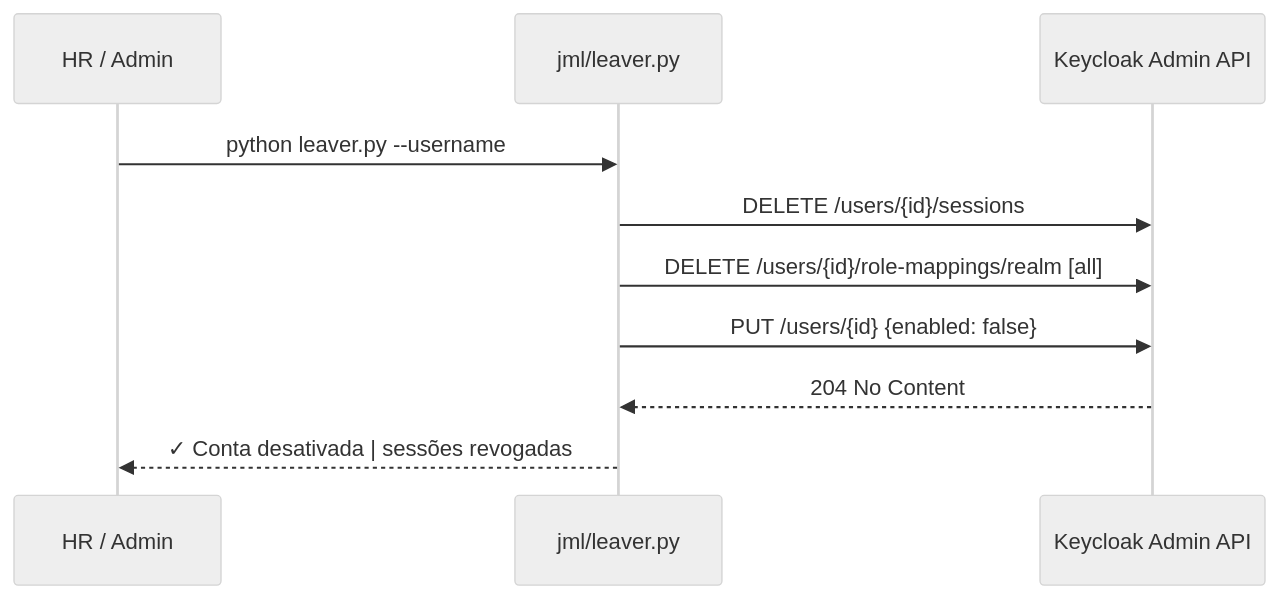
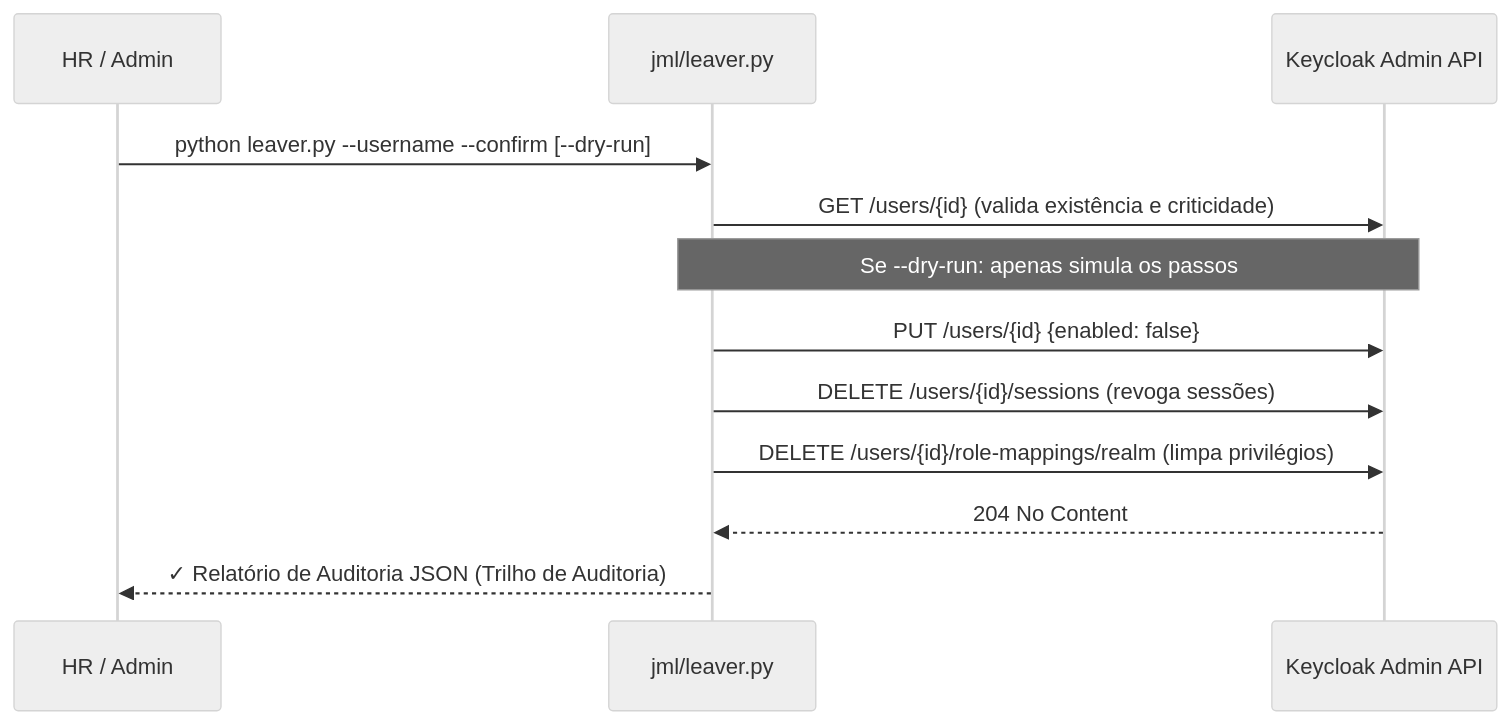
Before and after one commit to zye04/mei-gi-keycloak-iam: the fifth of 6 diagrams in docs/architecture.md, drawn with Mermaid (neutral theme). The commit also changed other lines of this file and 1 other file, not shown here.

First line of the commit message:
Offboarding Auditável e Seguro (Processo Leaver)

````diff
--- a/docs/architecture.md
+++ b/docs/architecture.md
@@ -124,13 +124,15 @@
 ```mermaid
 sequenceDiagram
     participant HR as HR / Admin
     participant S as jml/leaver.py
     participant K as Keycloak Admin API
 
-    HR->>S: python leaver.py --username
-    S->>K: DELETE /users/{id}/sessions
-    S->>K: DELETE /users/{id}/role-mappings/realm [all]
+    HR->>S: python leaver.py --username --confirm [--dry-run]
+    S->>K: GET /users/{id} (valida existência e criticidade)
+    Note over S,K: Se --dry-run: apenas simula os passos
     S->>K: PUT /users/{id} {enabled: false}
+    S->>K: DELETE /users/{id}/sessions (revoga sessões)
+    S->>K: DELETE /users/{id}/role-mappings/realm (limpa privilégios)
     K-->>S: 204 No Content
-    S-->>HR: ✓ Conta desativada | sessões revogadas
+    S-->>HR: ✓ Relatório de Auditoria JSON (Trilho de Auditoria)
 ```
````
